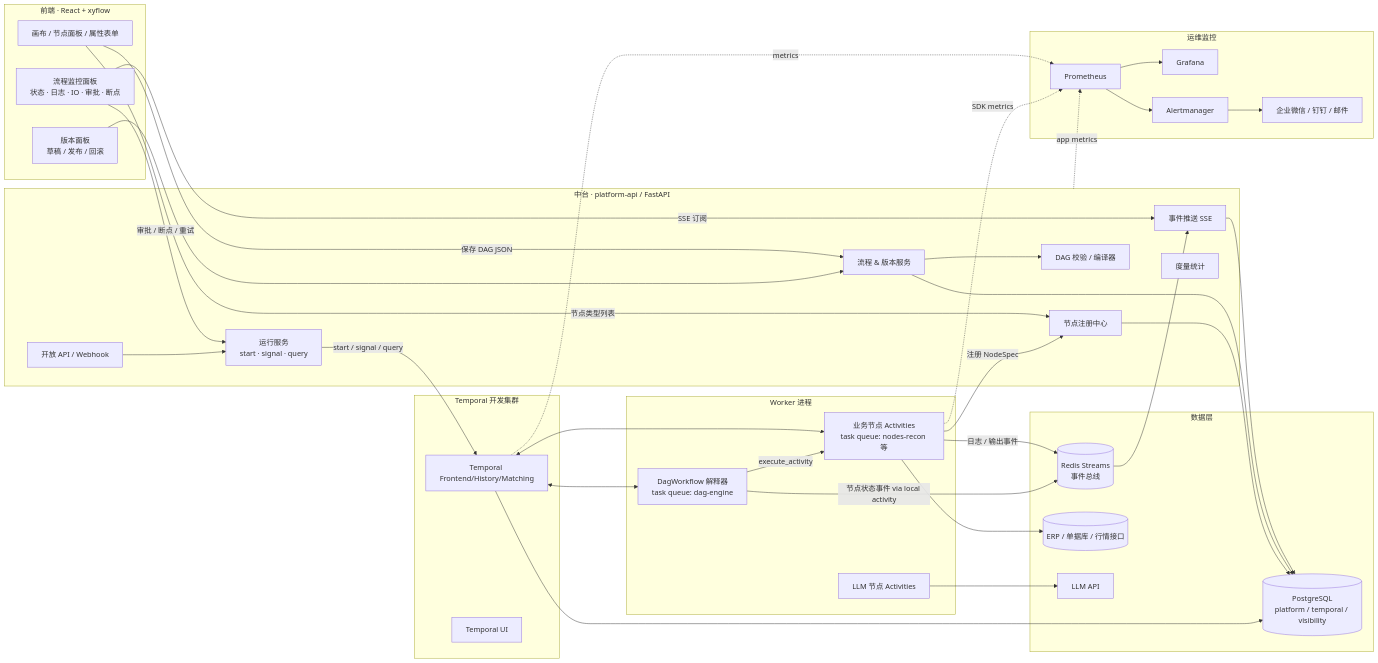
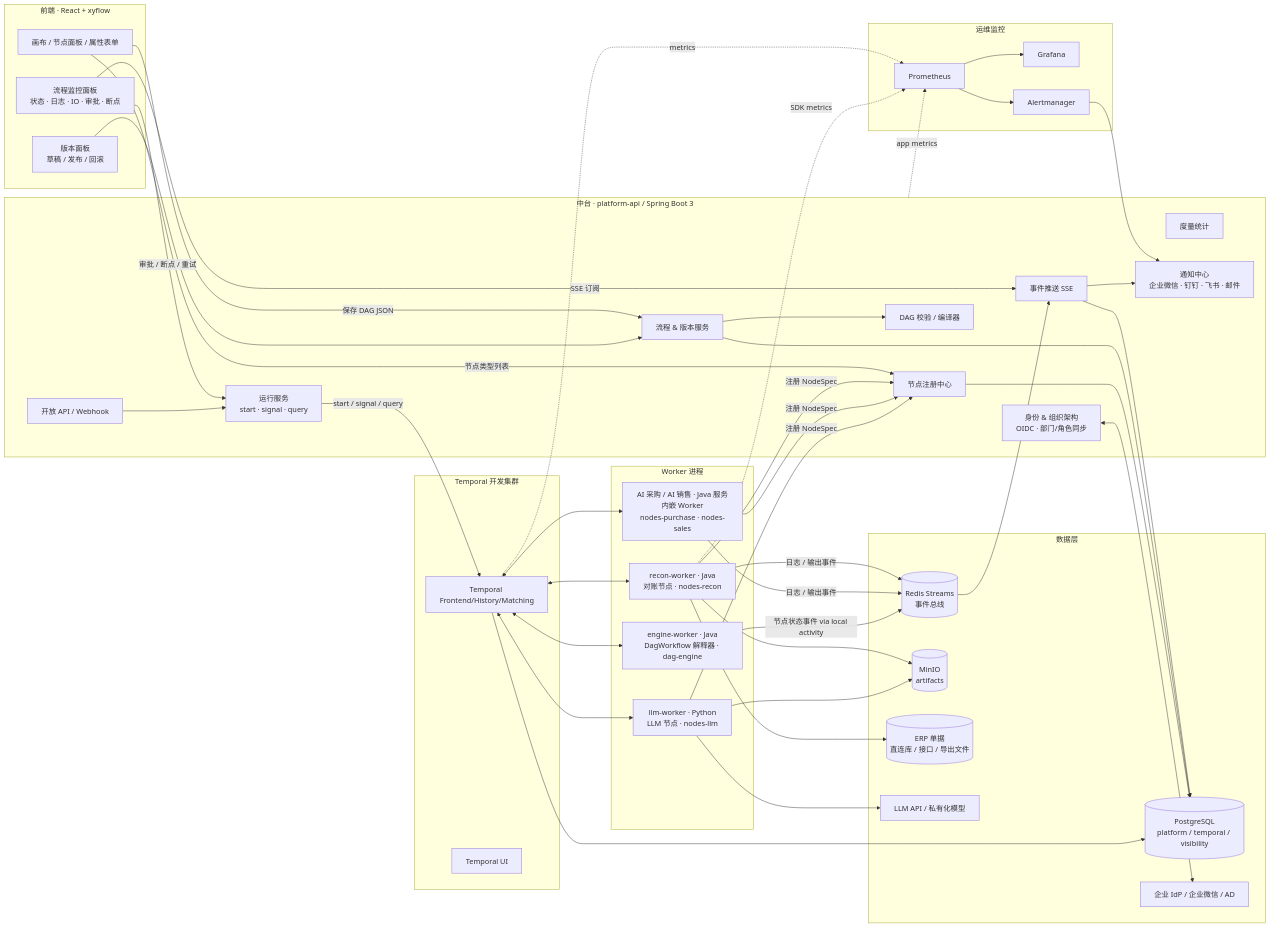
One commit to so6662001/AIFoundationNew changed the first of 3 diagrams in docs/00-总体方案.md. Above: the diagram before and after it, drawn with Mermaid. The commit also changed other lines of this file and 13 other files, not shown here.

First line of the commit message:
docs: 方案 v0.2 — 落实已确认决策（Java 中台、ERP 三种接入、可配置通知通道、SSO 组织架构、MinIO、for-each 提前）

````diff
--- a/docs/00-总体方案.md
+++ b/docs/00-总体方案.md
@@ -41,66 +56,79 @@
 ```mermaid
 flowchart LR
-  subgraph FE[前端 · React + xyflow]
+  subgraph FE["前端 · React + xyflow"]
     Canvas[画布 / 节点面板 / 属性表单]
     Monitor[流程监控面板<br/>状态 · 日志 · IO · 审批 · 断点]
     Versions[版本面板<br/>草稿 / 发布 / 回滚]
   end
 
-  subgraph API["中台 · platform-api / FastAPI"]
+  subgraph API["中台 · platform-api / Spring Boot 3"]
     FlowSvc[流程 & 版本服务]
     Registry[节点注册中心]
     Compiler[DAG 校验 / 编译器]
     RunSvc[运行服务<br/>start · signal · query]
     Events[事件推送 SSE]
     OpenAPI[开放 API / Webhook]
     Metrics[度量统计]
+    Identity[身份 & 组织架构<br/>OIDC · 部门/角色同步]
+    Notify[通知中心<br/>企业微信 · 钉钉 · 飞书 · 邮件]
   end
 
-  subgraph TEMPORAL[Temporal 开发集群]
+  subgraph TEMPORAL["Temporal 开发集群"]
     Frontend[Temporal Frontend/History/Matching]
     TUI[Temporal UI]
   end
 
-  subgraph WORKERS[Worker 进程]
-    Interp[DagWorkflow 解释器<br/>task queue: dag-engine]
-    Nodes[业务节点 Activities<br/>task queue: nodes-recon 等]
-    LLM[LLM 节点 Activities]
+  subgraph WORKERS["Worker 进程"]
+    Interp[engine-worker · Java<br/>DagWorkflow 解释器 · dag-engine]
+    Nodes[recon-worker · Java<br/>对账节点 · nodes-recon]
+    Biz[AI 采购 / AI 销售 · Java 服务内嵌 Worker<br/>nodes-purchase · nodes-sales]
+    LLM[llm-worker · Python<br/>LLM 节点 · nodes-llm]
   end
 
-  subgraph DATA[数据层]
+  subgraph DATA["数据层"]
     PG[(PostgreSQL<br/>platform / temporal / visibility)]
     Redis[(Redis Streams<br/>事件总线)]
-    ERP[(ERP / 单据库 / 行情接口)]
-    LLMAPI[LLM API]
+    MinIO[(MinIO<br/>artifacts)]
+    ERP[(ERP 单据<br/>直连库 / 接口 / 导出文件)]
+    LLMAPI[LLM API / 私有化模型]
+    IdP[企业 IdP / 企业微信 / AD]
   end
 
-  subgraph OPS[运维监控]
+  subgraph OPS["运维监控"]
     Prom[Prometheus] --> Graf[Grafana]
-    Prom --> AM[Alertmanager] --> IM[企业微信 / 钉钉 / 邮件]
+    Prom --> AM[Alertmanager] --> Notify
   end
 
   Canvas -->|保存 DAG JSON| FlowSvc
   Canvas -->|节点类型列表| Registry
   Versions --> FlowSvc
   Monitor -->|SSE 订阅| Events
   Monitor -->|审批 / 断点 / 重试| RunSvc
   FlowSvc --> Compiler
   RunSvc -->|start / signal / query| Frontend
   Frontend <--> Interp
   Frontend <--> Nodes
-  Interp -->|execute_activity| Nodes
+  Frontend <--> Biz
+  Frontend <--> LLM
   Nodes --> ERP
   LLM --> LLMAPI
   Nodes -->|日志 / 输出事件| Redis
+  Biz -->|日志 / 输出事件| Redis
   Interp -->|节点状态事件 via local activity| Redis
   Redis --> Events
   Events --> PG
+  Events --> Notify
   FlowSvc --> PG
   Registry --> PG
   Nodes -->|注册 NodeSpec| Registry
+  Biz -->|注册 NodeSpec| Registry
+  LLM -->|注册 NodeSpec| Registry
+  Nodes --> MinIO
+  LLM --> MinIO
+  Identity <--> IdP
   OpenAPI --> RunSvc
   Frontend --> PG
   Frontend -.metrics.-> Prom
   Nodes -.SDK metrics.-> Prom
   API -.app metrics.-> Prom
 ```
````
